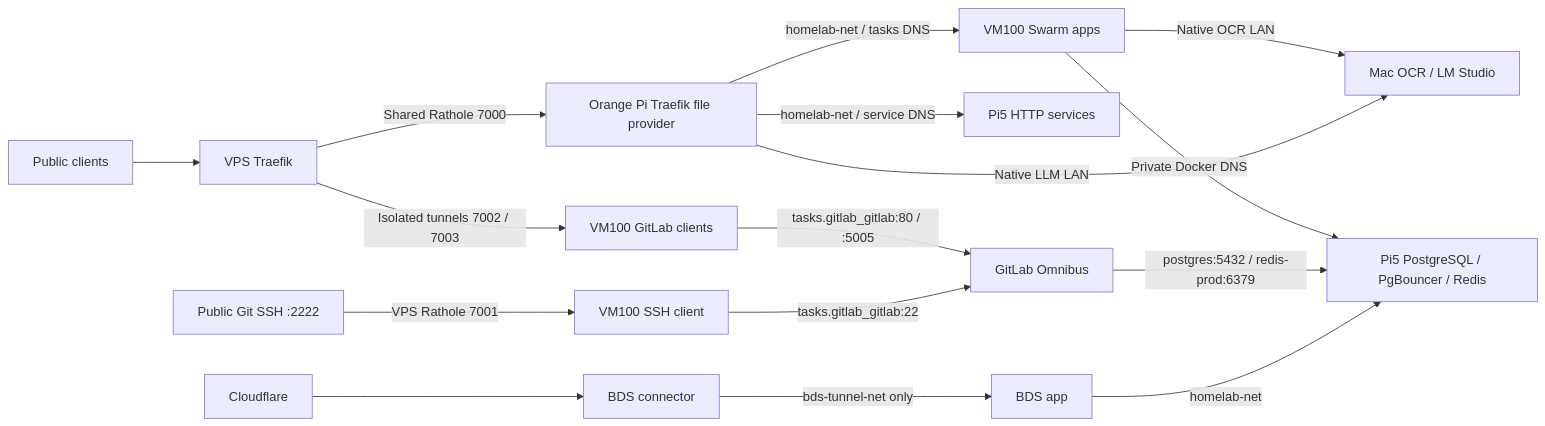
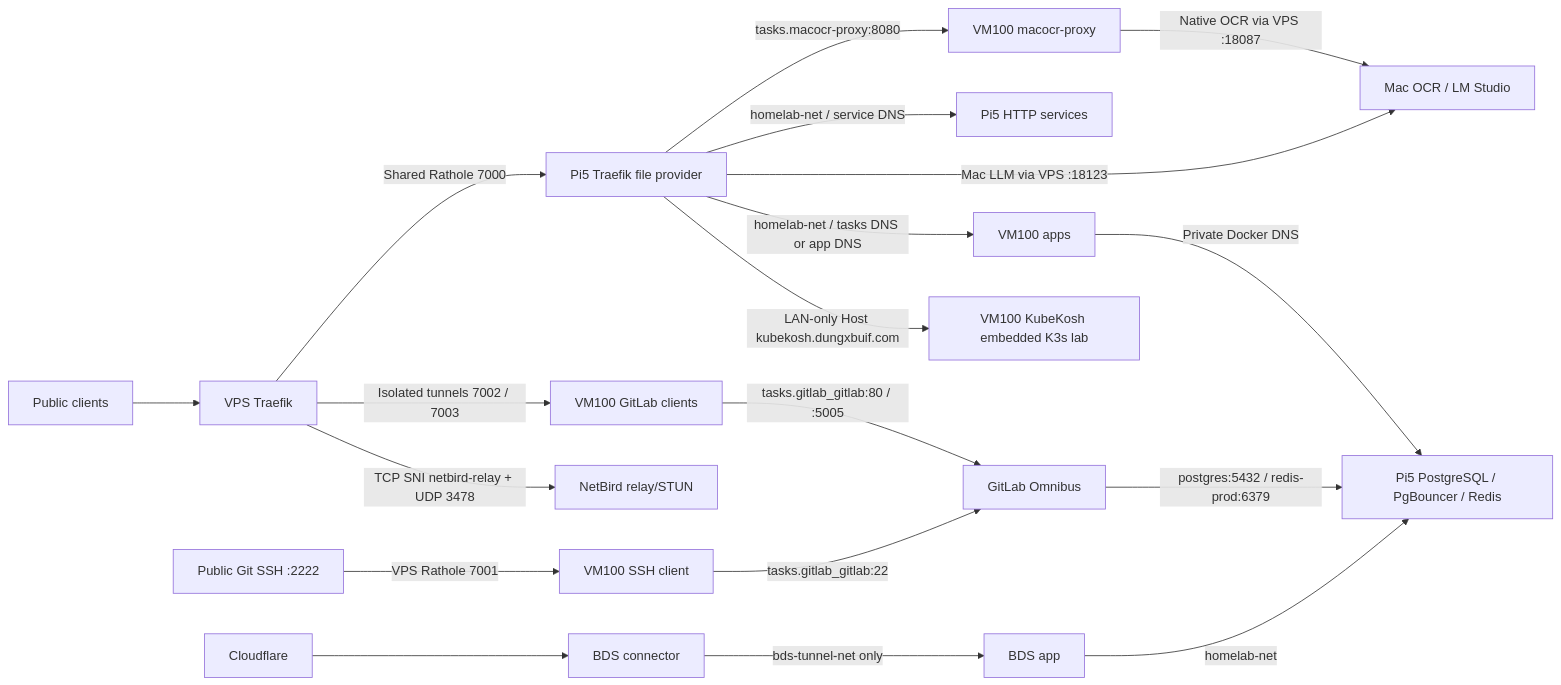
One commit to dungxbuif/Homelab changed the diagram in docs/STACK.md. Above: the diagram before and after it, drawn with Mermaid. The commit also changed other lines of this file and 11 other files, not shown here.

````diff
--- a/docs/STACK.md
+++ b/docs/STACK.md
@@ -53,18 +59,21 @@
 ```mermaid
 flowchart LR
   Users[Public clients] --> VPS[VPS Traefik]
-  VPS -->|Shared Rathole 7000| Edge[Orange Pi Traefik file provider]
-  Edge -->|homelab-net / tasks DNS| Apps[VM100 Swarm apps]
+  VPS -->|Shared Rathole 7000| Edge[Pi5 Traefik file provider]
+  Edge -->|homelab-net / tasks DNS or app DNS| Apps[VM100 apps]
   Edge -->|homelab-net / service DNS| HTTP[Pi5 HTTP services]
   VPS -->|Isolated tunnels 7002 / 7003| Clients[VM100 GitLab clients]
+  VPS -->|TCP SNI netbird-relay + UDP 3478| NBRelay[NetBird relay/STUN]
   Clients -->|tasks.gitlab_gitlab:80 / :5005| GitLab[GitLab Omnibus]
   SSH[Public Git SSH :2222] -->|VPS Rathole 7001| GitLabSSH[VM100 SSH client]
   GitLabSSH -->|tasks.gitlab_gitlab:22| GitLab
   Apps -->|Private Docker DNS| Data[Pi5 PostgreSQL / PgBouncer / Redis]
   GitLab -->|postgres:5432 / redis-prod:6379| Data
-  Apps -->|Native OCR LAN| Mac[Mac OCR / LM Studio]
-  Edge -->|Native LLM LAN| Mac
+  Edge -->|tasks.macocr-proxy:8080| OCRProxy[VM100 macocr-proxy]
+  OCRProxy -->|Native OCR via VPS :18087| Mac[Mac OCR / LM Studio]
+  Edge -->|Mac LLM via VPS :18123| Mac
+  Edge -->|LAN-only Host kubekosh.dungxbuif.com| KubeKosh[VM100 KubeKosh embedded K3s lab]
   CF[Cloudflare] --> BDSConnector[BDS connector]
   BDSConnector -->|bds-tunnel-net only| BDS[BDS app]
   BDS -->|homelab-net| Data
 ```
````
